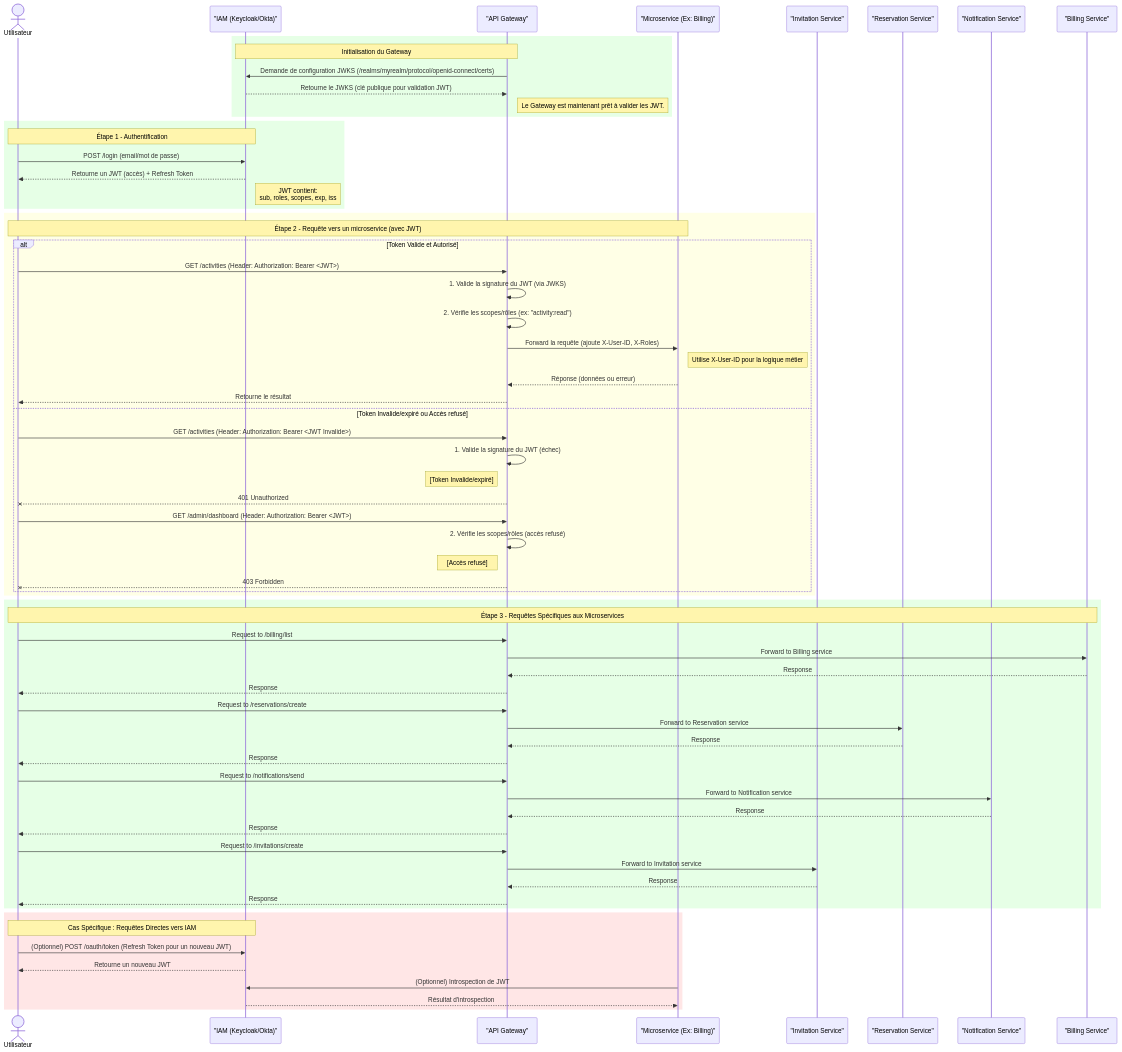
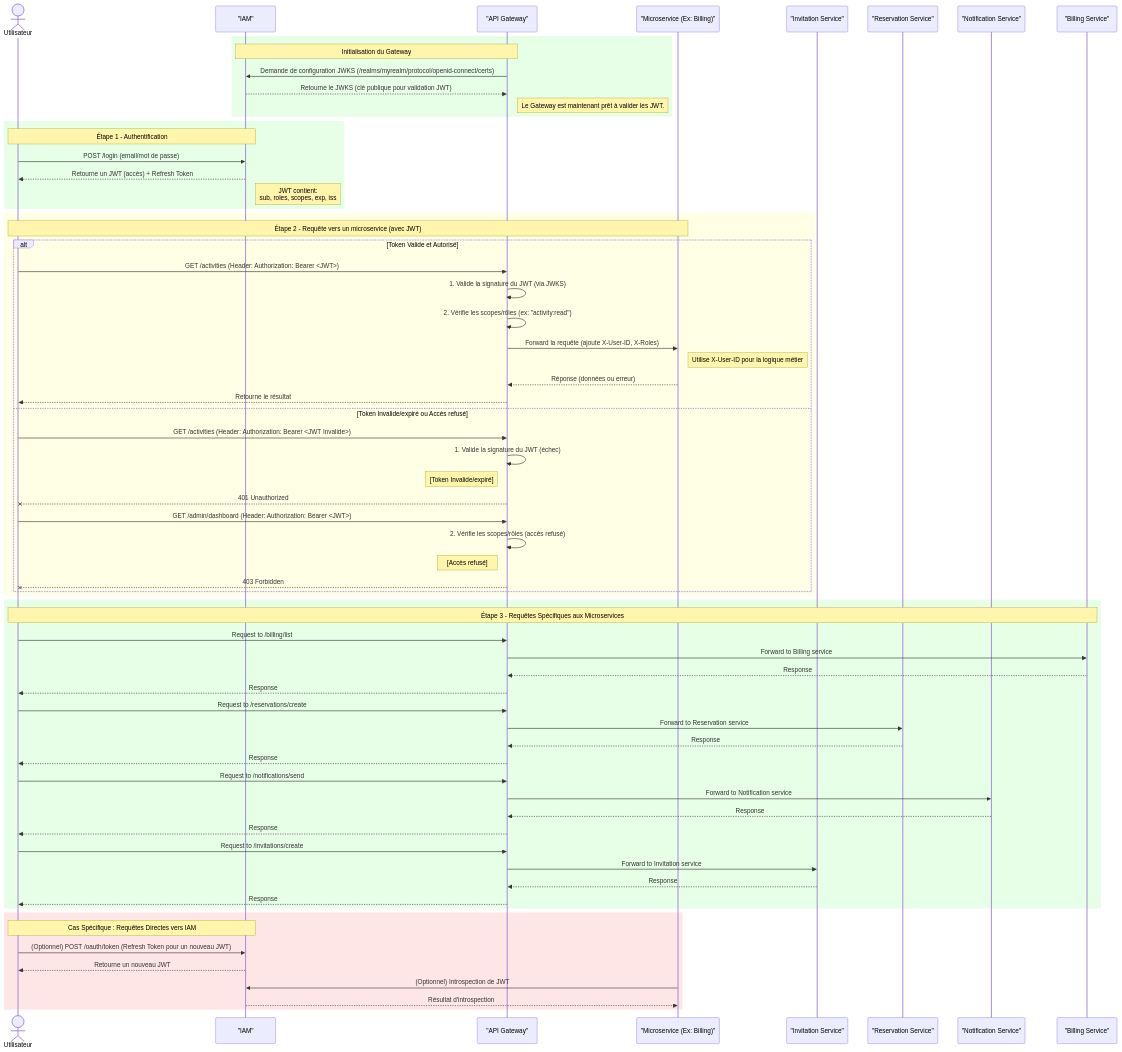
One commit to Project-In3-Uds/amcloud-gateway changed the diagram in README.md. Above: the diagram before and after it, drawn with Mermaid.

````diff
--- a/README.md
+++ b/README.md
@@ -105,7 +105,7 @@
 ```mermaid
 sequenceDiagram
     actor Utilisateur
-    participant IAM as "IAM (Keycloak/Okta)"
+    participant IAM as "IAM"
     participant Gateway as "API Gateway"
     participant Microservice as "Microservice (Ex: Billing)"
     participant Invitation as "Invitation Service"
````
